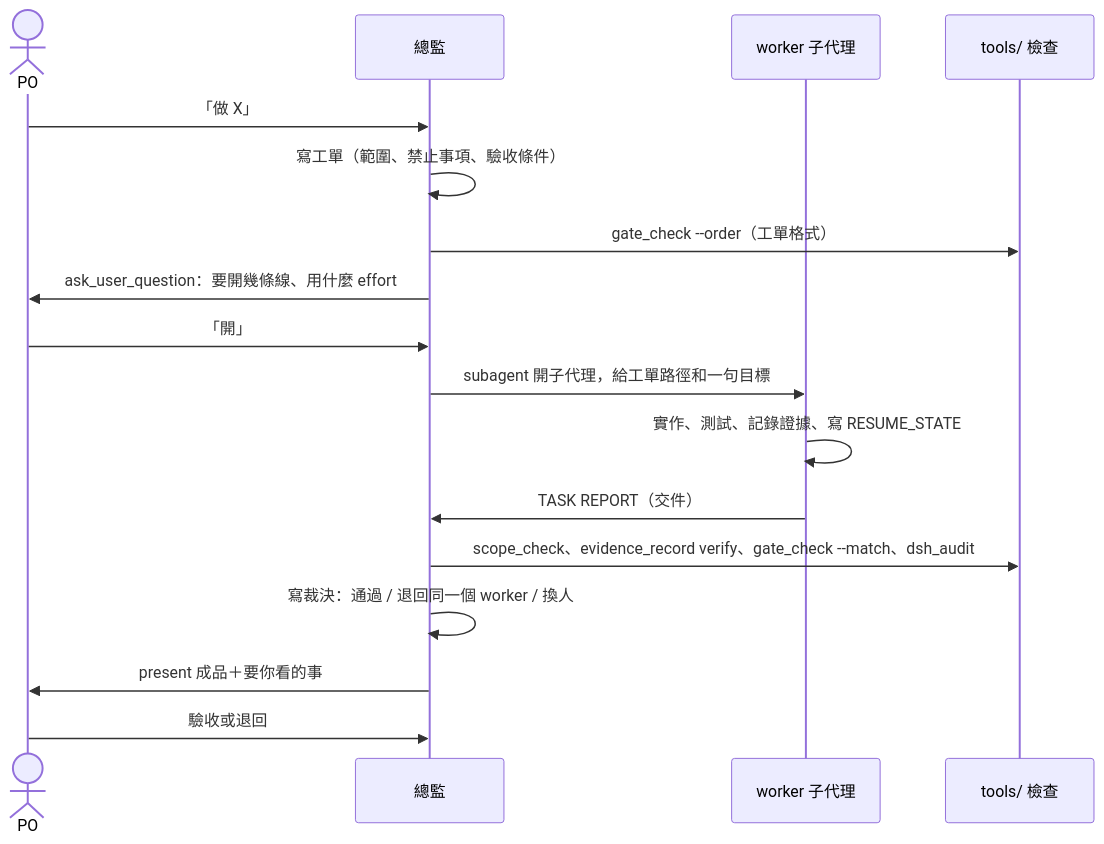
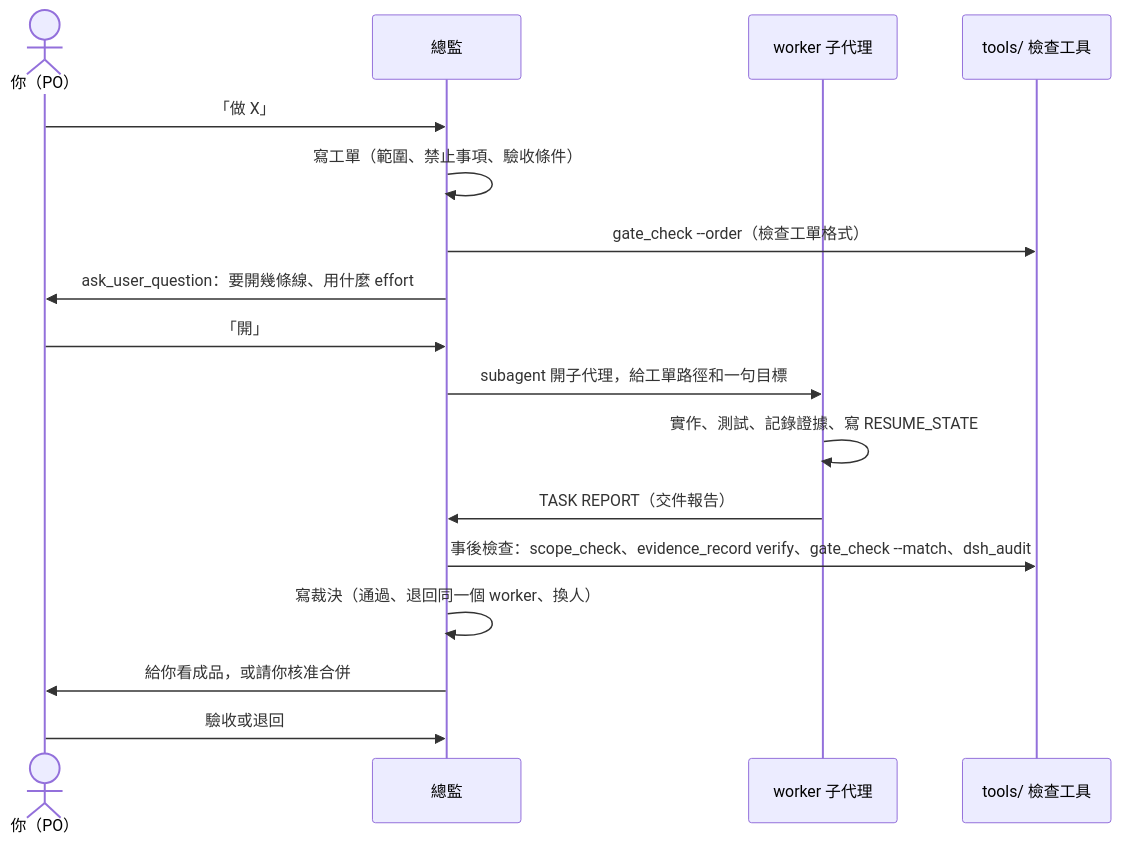
One commit to scottpuppylu/DIRECTOR-WORK-DeepSeek changed the sixth of 10 diagrams in README.md. Above: the diagram before and after it, drawn with Mermaid. The commit also changed other lines of this file and 2 other files, not shown here.

````diff
--- a/README.md
+++ b/README.md
@@ -139,20 +266,20 @@
 ```mermaid
 sequenceDiagram
-    actor PO
+    actor PO as 你（PO）
     participant D as 總監
     participant W as worker 子代理
-    participant T as tools/ 檢查
+    participant T as tools/ 檢查工具
 
     PO->>D: 「做 X」
     D->>D: 寫工單（範圍、禁止事項、驗收條件）
-    D->>T: gate_check --order（工單格式）
+    D->>T: gate_check --order（檢查工單格式）
     D->>PO: ask_user_question：要開幾條線、用什麼 effort
     PO->>D: 「開」
     D->>W: subagent 開子代理，給工單路徑和一句目標
     W->>W: 實作、測試、記錄證據、寫 RESUME_STATE
-    W->>D: TASK REPORT（交件）
-    D->>T: scope_check、evidence_record verify、gate_check --match、dsh_audit
-    D->>D: 寫裁決：通過 / 退回同一個 worker / 換人
-    D->>PO: present 成品＋要你看的事
+    W->>D: TASK REPORT（交件報告）
+    D->>T: 事後檢查：scope_check、evidence_record verify、gate_check --match、dsh_audit
+    D->>D: 寫裁決（通過、退回同一個 worker、換人）
+    D->>PO: 給你看成品，或請你核准合併
     PO->>D: 驗收或退回
 ```
````
